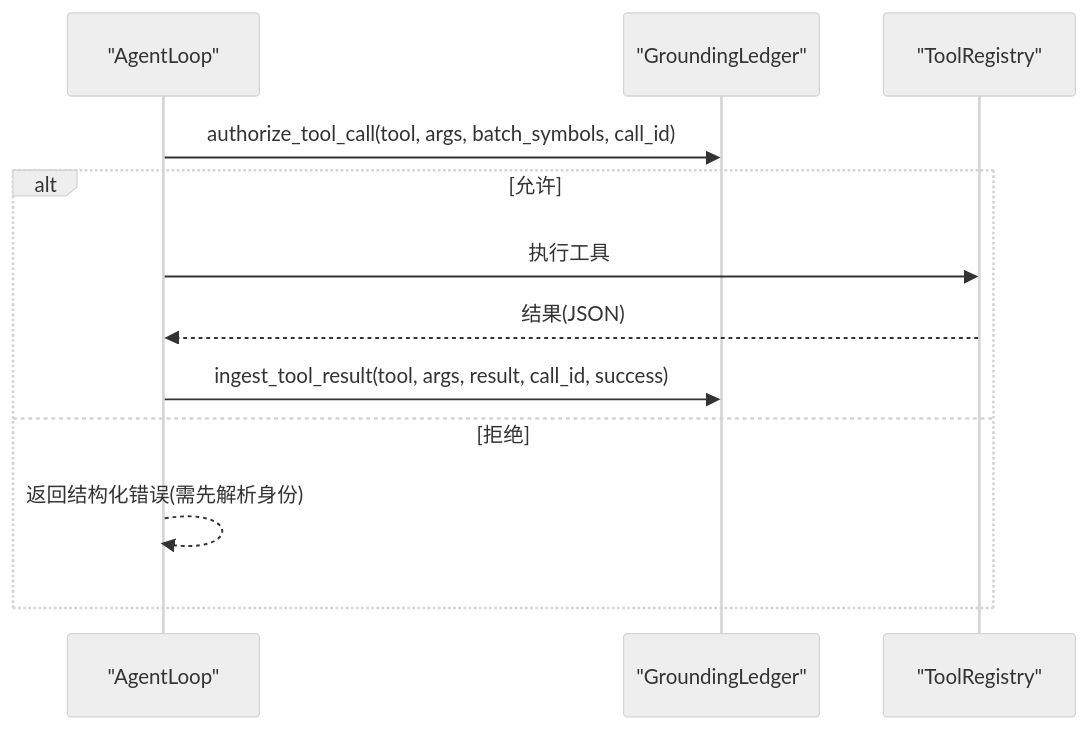
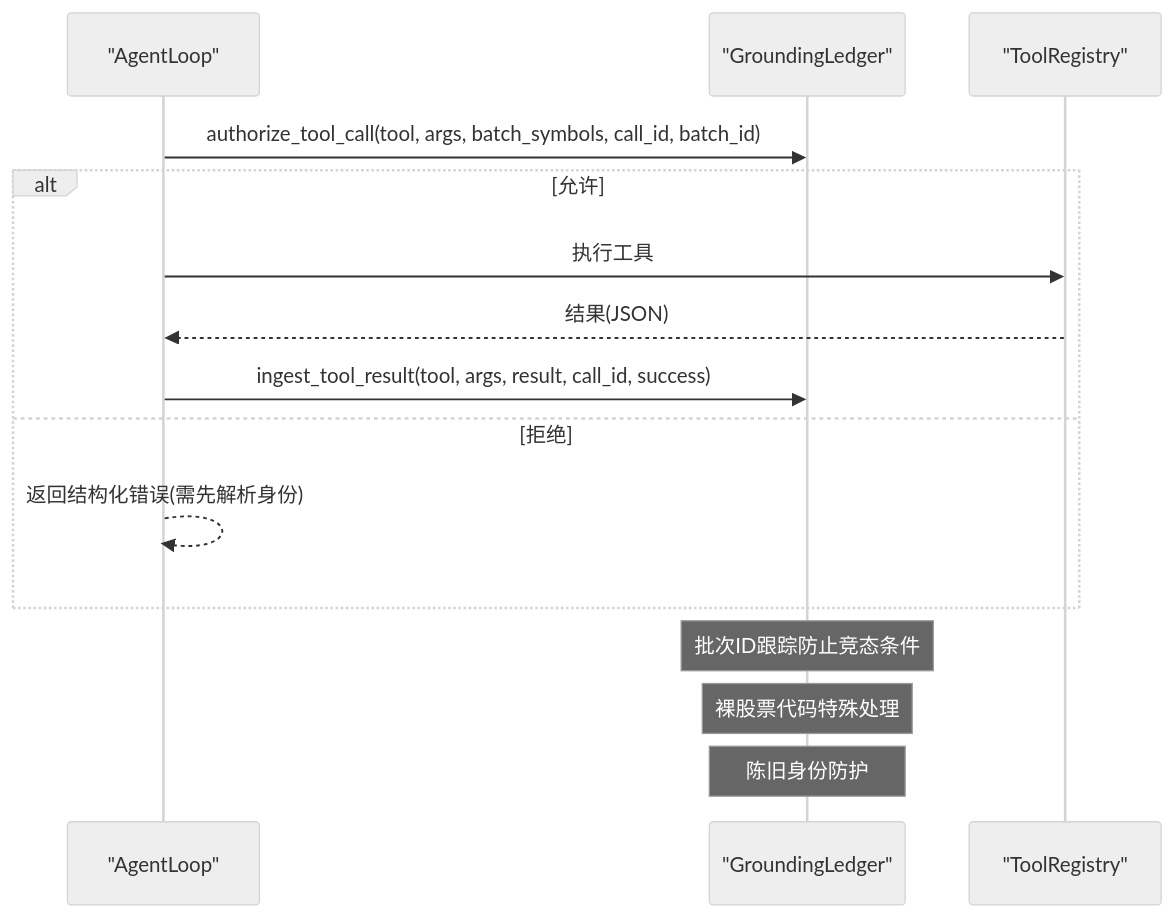
Before and after one commit to 20012002er/Vibe-Trading: the eighth of 10 diagrams in .qoder/repowiki/zh/content/架构设计/核心组件/核心组件.md, drawn with Mermaid (neutral theme). The commit also changed other lines of this file and 6 other files, not shown here.

````diff
--- a/.qoder/repowiki/zh/content/架构设计/核心组件/核心组件.md
+++ b/.qoder/repowiki/zh/content/架构设计/核心组件/核心组件.md
@@ -374,14 +383,17 @@
 ```mermaid
 sequenceDiagram
 participant AL as "AgentLoop"
 participant GL as "GroundingLedger"
 participant TR as "ToolRegistry"
-AL->>GL : authorize_tool_call(tool, args, batch_symbols, call_id)
+AL->>GL : authorize_tool_call(tool, args, batch_symbols, call_id, batch_id)
 alt 允许
 AL->>TR : 执行工具
 TR-->>AL : 结果(JSON)
 AL->>GL : ingest_tool_result(tool, args, result, call_id, success)
 else 拒绝
 AL-->>AL : 返回结构化错误(需先解析身份)
 end
+Note over GL : 批次ID跟踪防止竞态条件
+Note over GL : 裸股票代码特殊处理
+Note over GL : 陈旧身份防护
 ```
````
